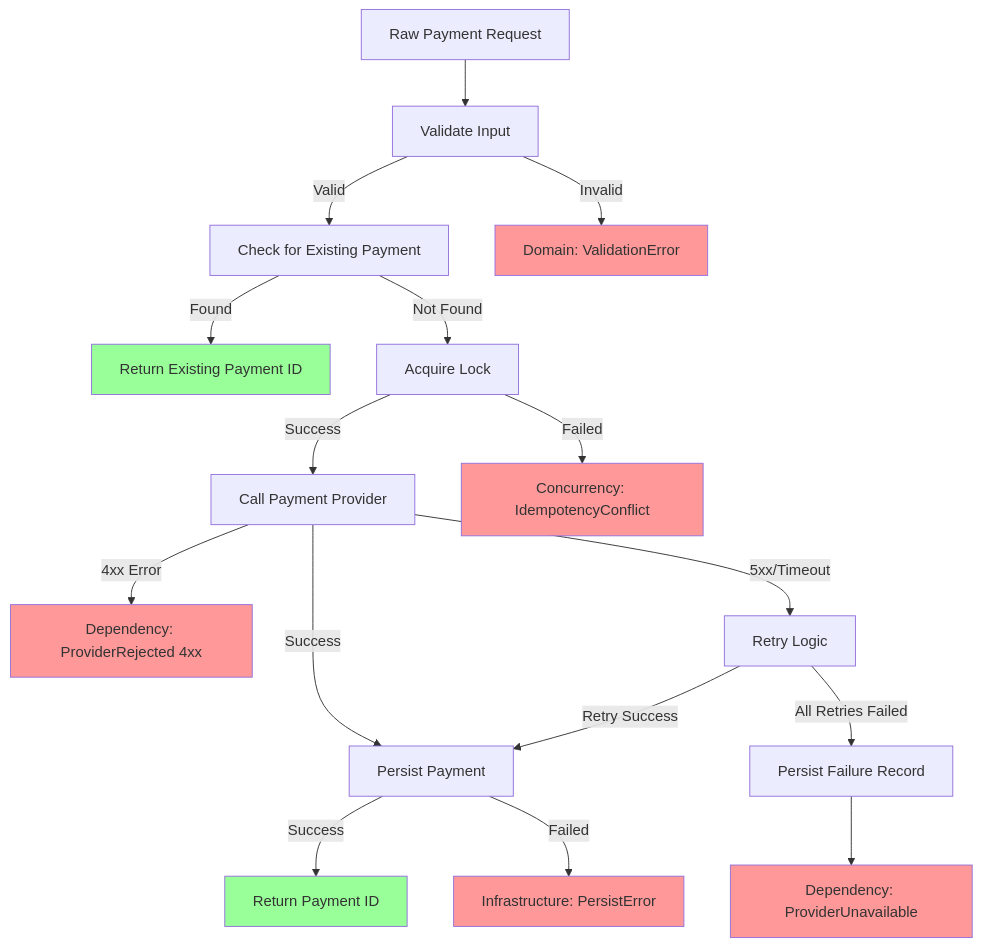
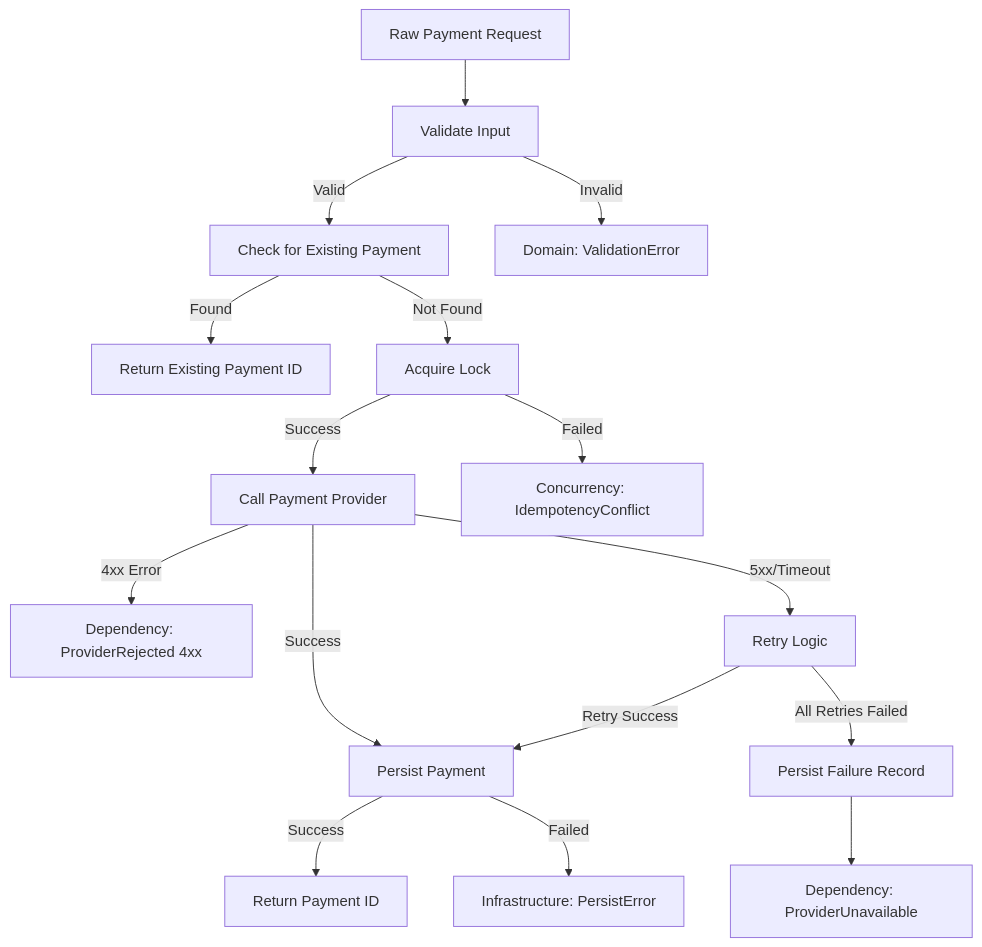
One commit to jagreehal/trycatch-vs-neverthrow-vs-effect changed the first of 6 diagrams in README.md. Above: the diagram before and after it, drawn with Mermaid. The commit also changed other lines of this file and 15 other files, not shown here.

````diff
--- a/README.md
+++ b/README.md
@@ -33,31 +19,23 @@
 ```mermaid
 graph TD
     A[Raw Payment Request] --> B[Validate Input]
     B -->|Valid| C[Check for Existing Payment]
     B -->|Invalid| X1[Domain: ValidationError]
 
     C -->|Found| D[Return Existing Payment ID]
     C -->|Not Found| E[Acquire Lock]
 
     E -->|Success| F[Call Payment Provider]
     E -->|Failed| X2[Concurrency: IdempotencyConflict]
 
     F -->|Success| G[Persist Payment]
     F -->|4xx Error| X3[Dependency: ProviderRejected 4xx]
     F -->|5xx/Timeout| H[Retry Logic]
 
     H -->|Retry Success| G
     H -->|All Retries Failed| I[Persist Failure Record]
     I --> X4[Dependency: ProviderUnavailable]
 
     G -->|Success| J[Return Payment ID]
     G -->|Failed| X5[Infrastructure: PersistError]
-
-    style X1 fill:#ff9999
-    style X2 fill:#ff9999
-    style X3 fill:#ff9999
-    style X4 fill:#ff9999
-    style X5 fill:#ff9999
-    style J fill:#99ff99
-    style D fill:#99ff99
 ```
````
